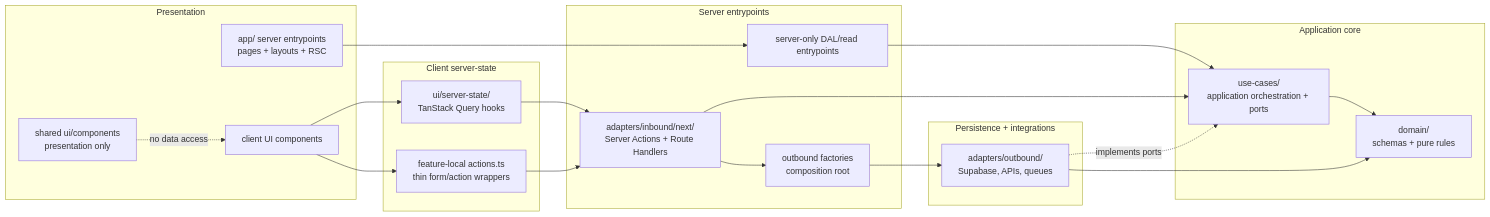
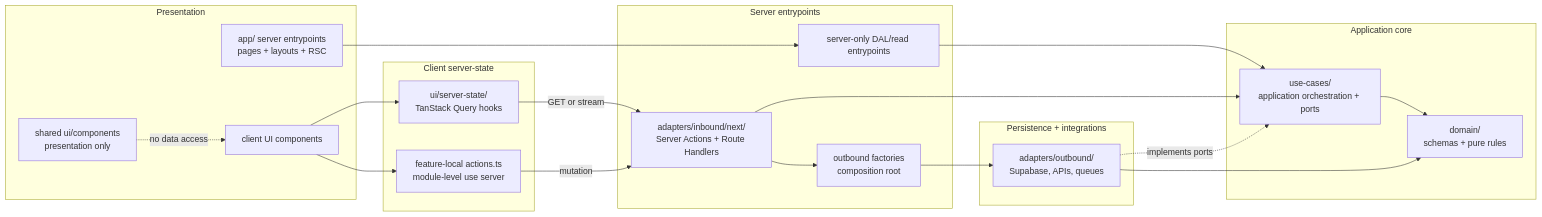
The first of 6 diagrams in docs/architecture-contract.md (clicktronix/nextjs-clean-skills), drawn with Mermaid before and after one commit. The commit also changed other lines of this file and 25 other files, not shown here.

````diff
--- a/docs/architecture-contract.md
+++ b/docs/architecture-contract.md
@@ -27,38 +27,38 @@
 ```mermaid
 flowchart LR
   subgraph Presentation["Presentation"]
     RSC["app/ server entrypoints\npages + layouts + RSC"]
     ClientUI["client UI components"]
     SharedUI["shared ui/components\npresentation only"]
   end
   subgraph ClientServerBridge["Client server-state"]
     ServerState["ui/server-state/\nTanStack Query hooks"]
-    LocalActions["feature-local actions.ts\nthin form/action wrappers"]
+    LocalActions["feature-local actions.ts\nmodule-level use server"]
   end
   subgraph Server["Server entrypoints"]
     DAL["server-only DAL/read entrypoints"]
     Inbound["adapters/inbound/next/\nServer Actions + Route Handlers"]
     OutboundFactories["outbound factories\ncomposition root"]
   end
   subgraph Application["Application core"]
     UseCases["use-cases/\napplication orchestration + ports"]
     Domain["domain/\nschemas + pure rules"]
   end
   subgraph Persistence["Persistence + integrations"]
     Outbound["adapters/outbound/\nSupabase, APIs, queues"]
   end
 
   RSC --> DAL
   ClientUI --> ServerState
   ClientUI --> LocalActions
   SharedUI -. "no data access" .-> ClientUI
-  ServerState --> Inbound
-  LocalActions --> Inbound
+  ServerState -->|"GET or stream"| Inbound
+  LocalActions -->|"mutation"| Inbound
   DAL --> UseCases
   Inbound --> UseCases
   Inbound --> OutboundFactories
   OutboundFactories --> Outbound
   UseCases --> Domain
   Outbound --> Domain
   Outbound -. "implements ports" .-> UseCases
 ```
````
